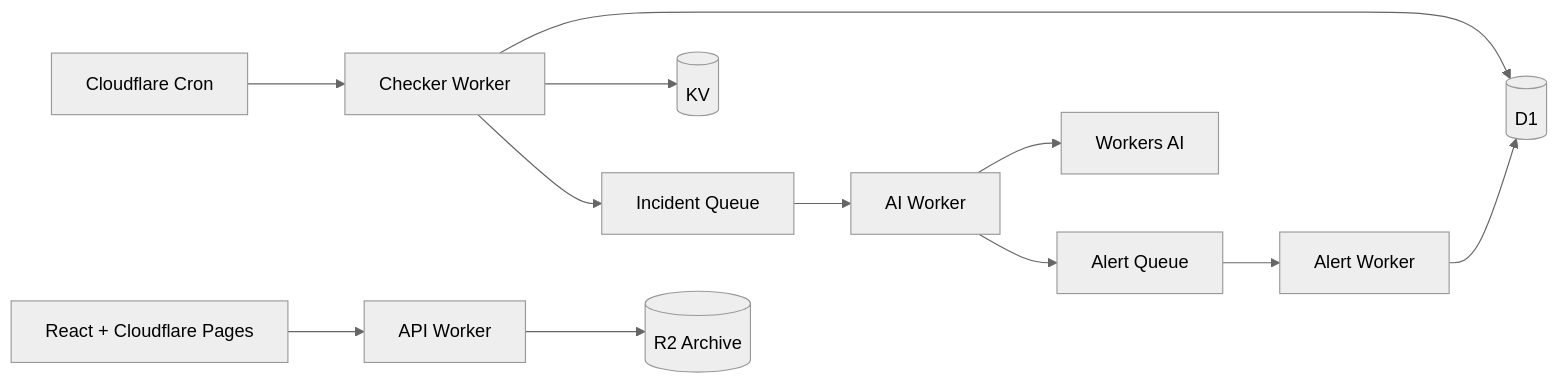
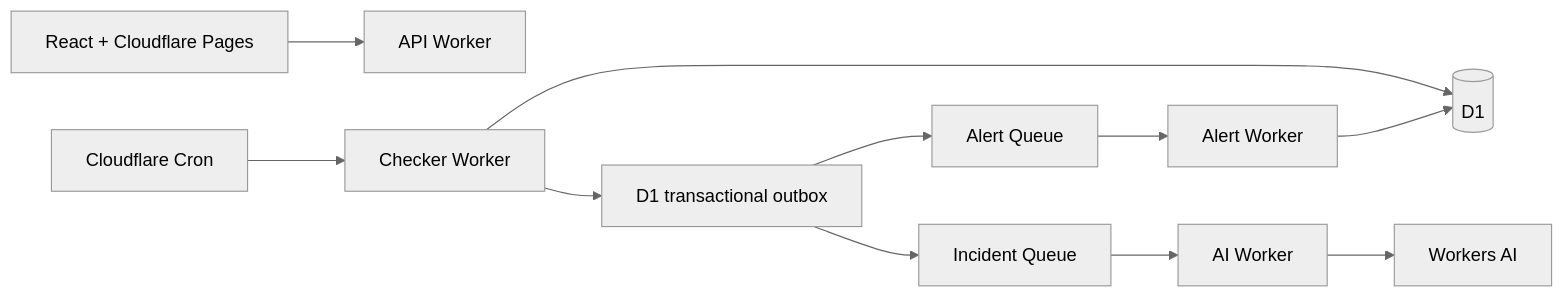
The diagram in README.md (DebadityaHait/pulseflare), drawn with Mermaid (neutral theme) before and after one commit. The commit also changed other lines of this file and 37 other files, not shown here.

````diff
--- a/README.md
+++ b/README.md
@@ -49,14 +49,13 @@
 ```mermaid
 flowchart LR
   Pages[React + Cloudflare Pages] --> API[API Worker]
   Cron[Cloudflare Cron] --> Checker[Checker Worker]
   Checker --> D1[(D1)]
-  Checker --> KV[(KV)]
-  Checker --> IQ[Incident Queue]
+  Checker --> Outbox[D1 transactional outbox]
+  Outbox --> IQ[Incident Queue]
+  Outbox --> AQ[Alert Queue]
   IQ --> AI[AI Worker]
   AI --> WAI[Workers AI]
-  AI --> AQ[Alert Queue]
   AQ --> Alert[Alert Worker]
   Alert --> D1
-  API --> R2[(R2 Archive)]
 ```
````
